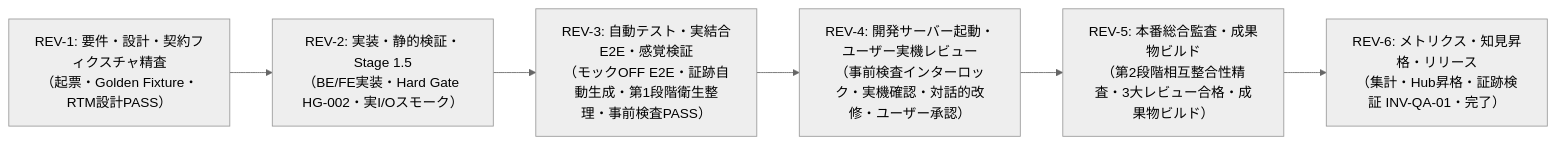
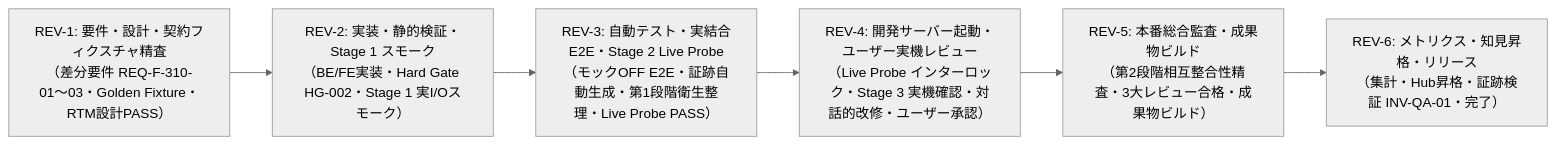
The second of 2 diagrams in docs/設計書/Current/AI駆動システム開発フェーズ定義書.md (LeoPanda/template), drawn with Mermaid (neutral theme) before and after one commit. The commit also changed other lines of this file and 41 other files, not shown here.

````diff
--- a/docs/設計書/Current/AI駆動システム開発フェーズ定義書.md
+++ b/docs/設計書/Current/AI駆動システム開発フェーズ定義書.md
@@ -230,8 +248,8 @@
 ```mermaid
 flowchart LR
-    REV1["REV-1: 要件・設計・契約フィクスチャ精査<br>（起票・Golden Fixture・RTM設計PASS）"] --> REV2["REV-2: 実装・静的検証・Stage 1.5<br>（BE/FE実装・Hard Gate HG-002・実I/Oスモーク）"]
-    REV2 --> REV3["REV-3: 自動テスト・実結合E2E・感覚検証<br>（モックOFF E2E・証跡自動生成・第1段階衛生整理・事前検査PASS）"]
-    REV3 --> REV4["REV-4: 開発サーバー起動・ユーザー実機レビュー<br>（事前検査インターロック・実機確認・対話的改修・ユーザー承認）"]
+    REV1["REV-1: 要件・設計・契約フィクスチャ精査<br>（差分要件 REQ-F-310-01〜03・Golden Fixture・RTM設計PASS）"] --> REV2["REV-2: 実装・静的検証・Stage 1 スモーク<br>（BE/FE実装・Hard Gate HG-002・Stage 1 実I/Oスモーク）"]
+    REV2 --> REV3["REV-3: 自動テスト・実結合E2E・Stage 2 Live Probe<br>（モックOFF E2E・証跡自動生成・第1段階衛生整理・Live Probe PASS）"]
+    REV3 --> REV4["REV-4: 開発サーバー起動・ユーザー実機レビュー<br>（Live Probe インターロック・Stage 3 実機確認・対話的改修・ユーザー承認）"]
     REV4 --> REV5["REV-5: 本番総合監査・成果物ビルド<br>（第2段階相互整合性精査・3大レビュー合格・成果物ビルド）"]
     REV5 --> REV6["REV-6: メトリクス・知見昇格・リリース<br>（集計・Hub昇格・証跡検証 INV-QA-01・完了）"]
 ```
````
